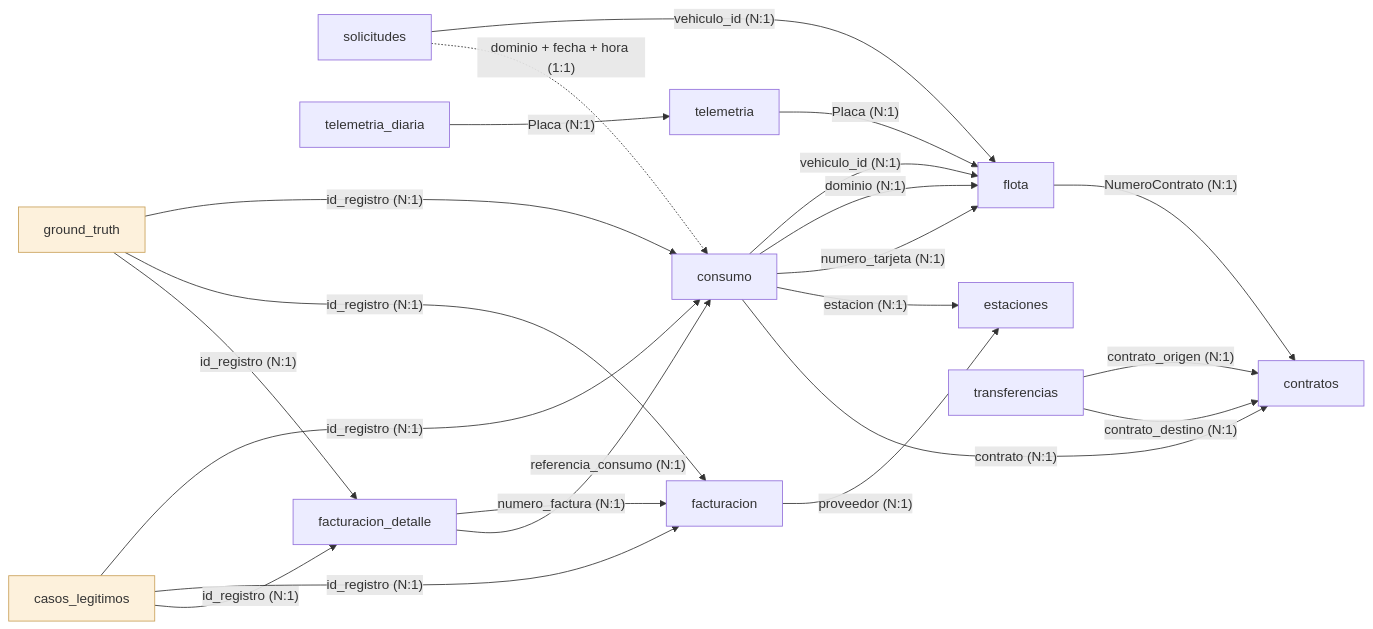
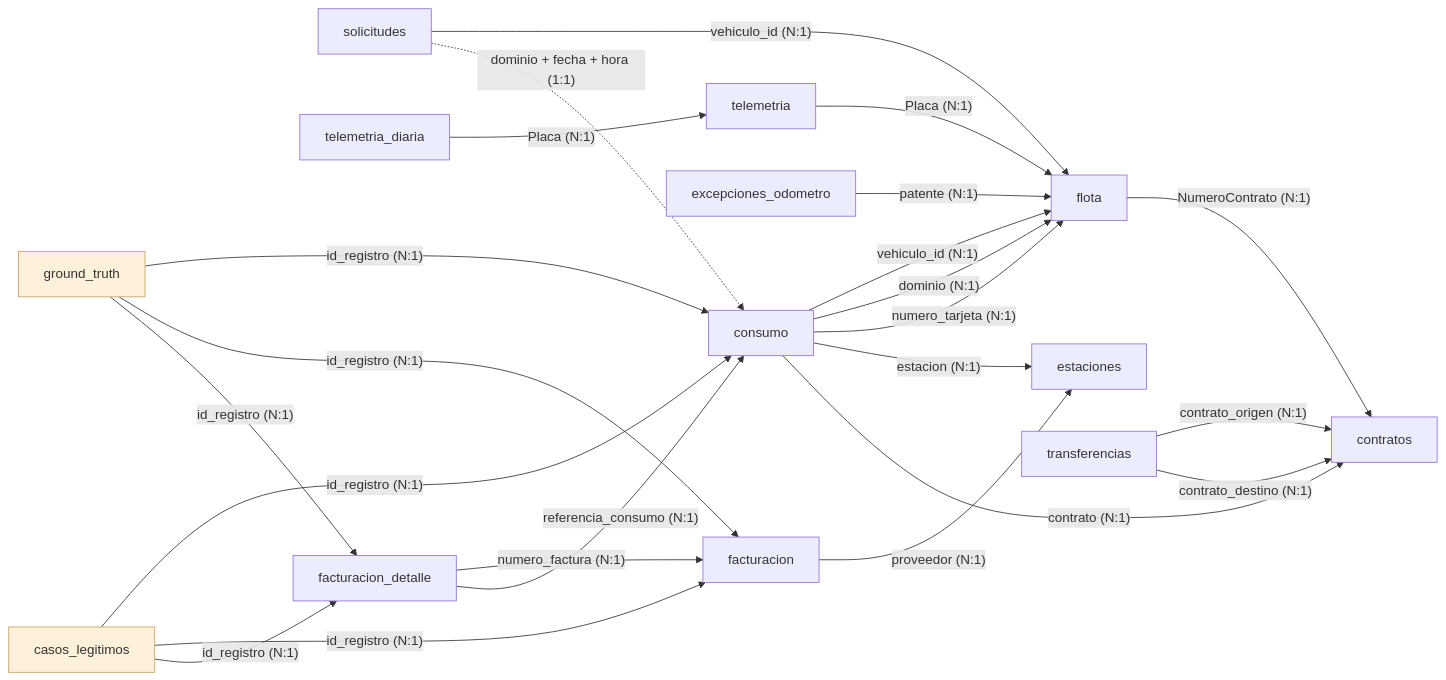
Before and after one commit to Millocba/practicaprof: the diagram in docs/DICCIONARIO_DATOS.md, drawn with Mermaid. The commit also changed other lines of this file and 22 other files, not shown here.

````diff
--- a/docs/DICCIONARIO_DATOS.md
+++ b/docs/DICCIONARIO_DATOS.md
@@ -34,26 +34,27 @@
 ```mermaid
 flowchart LR
   consumo -->|"vehiculo_id (N:1)"| flota
   consumo -->|"dominio (N:1)"| flota
   consumo -->|"numero_tarjeta (N:1)"| flota
   consumo -->|"estacion (N:1)"| estaciones
   consumo -->|"contrato (N:1)"| contratos
   flota -->|"NumeroContrato (N:1)"| contratos
   transferencias -->|"contrato_origen (N:1)"| contratos
   transferencias -->|"contrato_destino (N:1)"| contratos
   solicitudes -->|"vehiculo_id (N:1)"| flota
   solicitudes -.->|"dominio + fecha + hora (1:1)"| consumo
   telemetria -->|"Placa (N:1)"| flota
+  excepciones_odometro -->|"patente (N:1)"| flota
   telemetria_diaria -->|"Placa (N:1)"| telemetria
   facturacion -->|"proveedor (N:1)"| estaciones
   facturacion_detalle -->|"numero_factura (N:1)"| facturacion
   facturacion_detalle -->|"referencia_consumo (N:1)"| consumo
   ground_truth -->|"id_registro (N:1)"| consumo
   ground_truth -->|"id_registro (N:1)"| facturacion
   ground_truth -->|"id_registro (N:1)"| facturacion_detalle
   casos_legitimos -->|"id_registro (N:1)"| consumo
   casos_legitimos -->|"id_registro (N:1)"| facturacion
   casos_legitimos -->|"id_registro (N:1)"| facturacion_detalle
   classDef evaluacion fill:#fdf1dc,stroke:#c9a15a
   class ground_truth,casos_legitimos evaluacion
 ```
````
